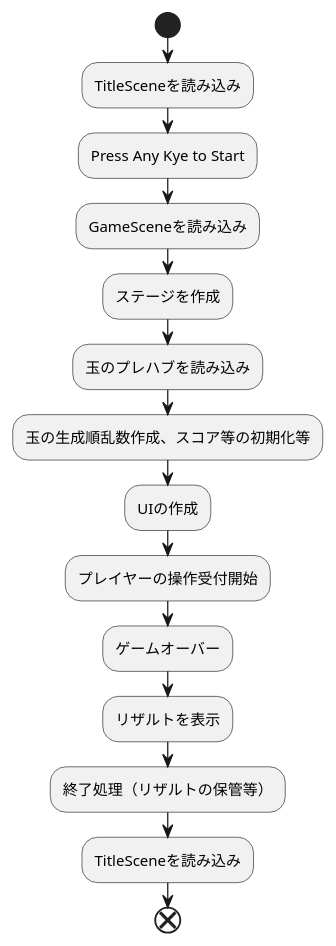
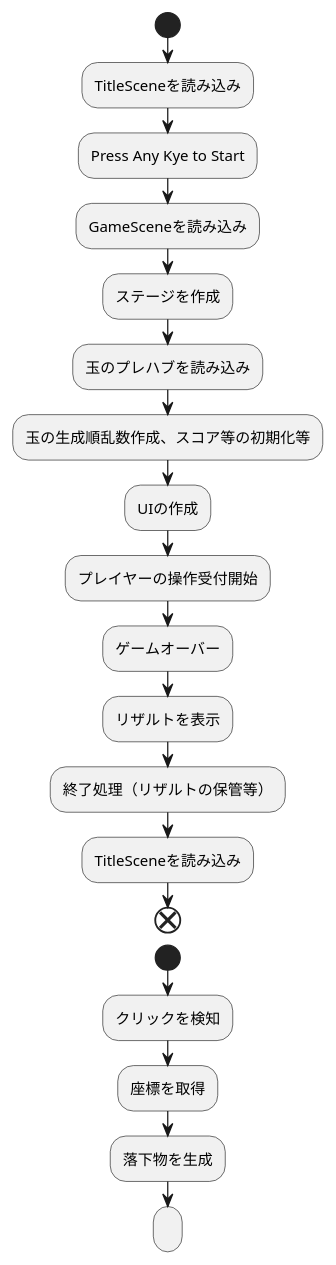
The diagram in Flow.pu (ryuryu333/Unity_SUIKAgame), drawn with PlantUML before and after one commit. The commit also changed 93 other files, not shown here.

```diff
--- a/Flow.pu
+++ b/Flow.pu
@@ -1,16 +1,22 @@
 @startuml
 start
 :TitleSceneを読み込み;
 :Press Any Kye to Start;
 :GameSceneを読み込み;
 :ステージを作成;
 :玉のプレハブを読み込み;
 :玉の生成順乱数作成、スコア等の初期化等;
 :UIの作成;
 :プレイヤーの操作受付開始;
 :ゲームオーバー;
 :リザルトを表示;
 :終了処理（リザルトの保管等）;
 :TitleSceneを読み込み;
 end
+
+start
+:クリックを検知;
+:座標を取得;
+:落下物を生成;
+:;
 @enduml
```
